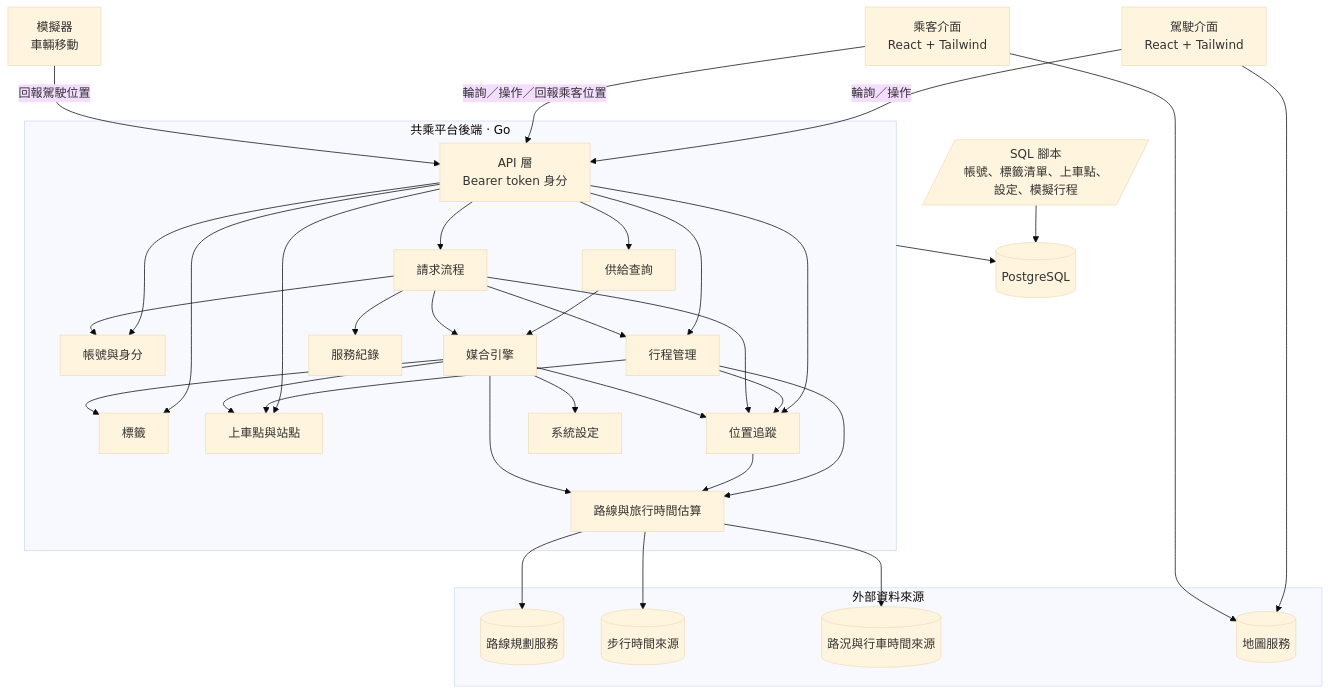
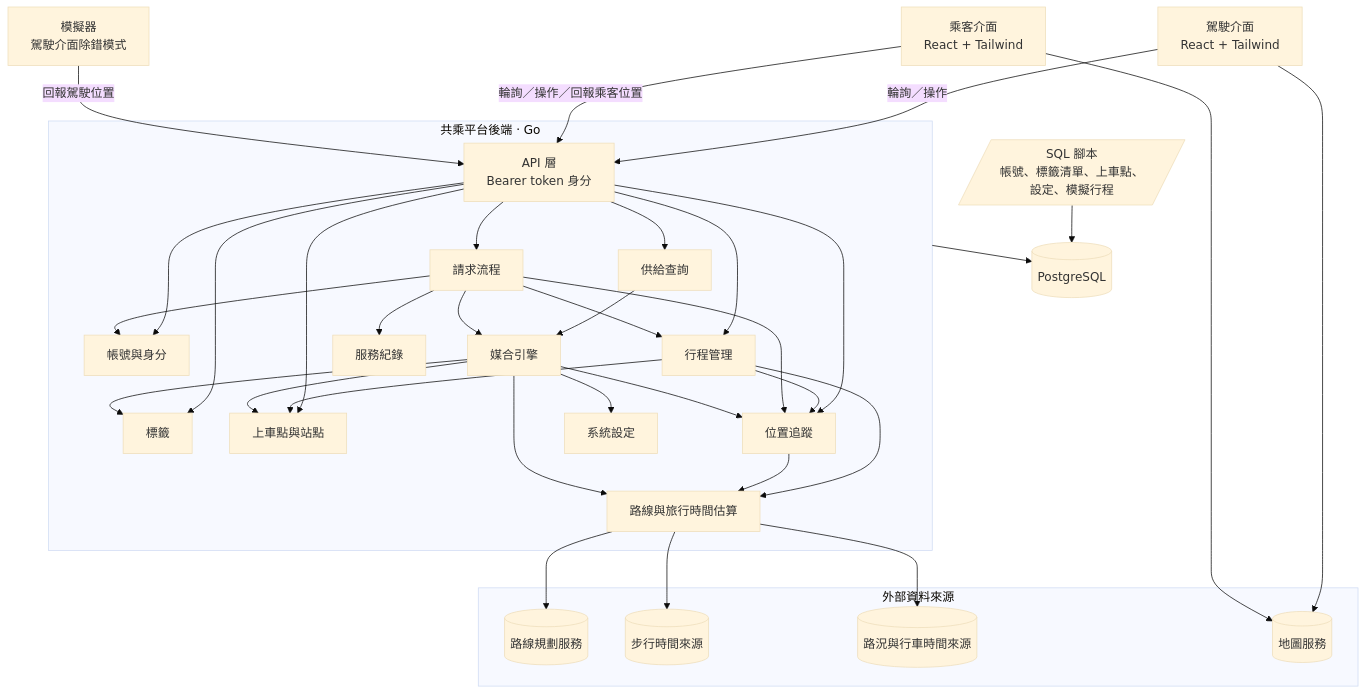
The first of 13 diagrams in docs/design.md (sohoffice/debugthon-carpool), drawn with Mermaid (base theme) before and after one commit. The commit also changed other lines of this file, not shown here.

````diff
--- a/docs/design.md
+++ b/docs/design.md
@@ -72,45 +72,45 @@
 ```mermaid
 flowchart TB
     DUI[駕駛介面<br/>React + Tailwind]
     PUI[乘客介面<br/>React + Tailwind]
-    SIM[模擬器<br/>車輛移動]
+    SIM[模擬器<br/>駕駛介面除錯模式]
 
     subgraph Backend[共乘平台後端 · Go]
         API[API 層<br/>Bearer token 身分]
         ACC[帳號與身分]
         TAG[標籤]
         STN[上車點與站點]
         TRIP[行程管理]
         TRK[位置追蹤]
         TT[路線與旅行時間估算]
         SUP[供給查詢]
         MAT[媒合引擎]
         RQ[請求流程]
         REC[服務紀錄]
         CFG[系統設定]
     end
 
     DB[(PostgreSQL)]
     SQL[/SQL 腳本<br/>帳號、標籤清單、上車點、設定、模擬行程/]
 
     subgraph External[外部資料來源]
         DIR[(路線規劃服務)]
         WALK[(步行時間來源)]
         TRAF[(路況與行車時間來源)]
         MAP[(地圖服務)]
     end
 
     DUI -- 輪詢／操作 --> API
     PUI -- 輪詢／操作／回報乘客位置 --> API
     SIM -- 回報駕駛位置 --> API
     API --> ACC & TAG & STN & TRIP & TRK & SUP & RQ
     TRIP --> STN & TT & TRK
     TRK --> TT
     SUP --> MAT
     RQ --> MAT & TRIP & REC & ACC & TRK
     MAT --> TRK & TAG & STN & TT & CFG
     TT --> DIR & WALK & TRAF
     Backend --> DB
     SQL --> DB
     DUI & PUI --> MAP
 ```
````
